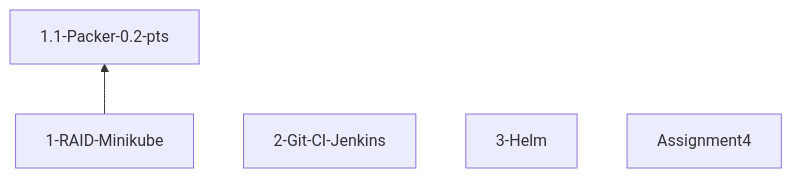
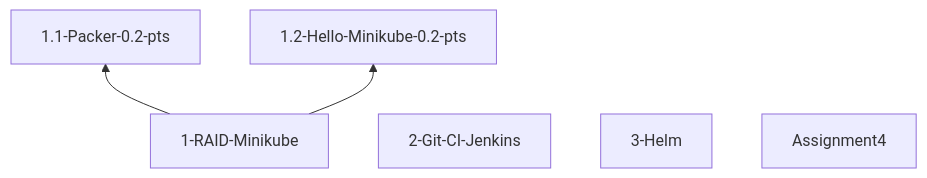
One commit to j-avdeev/DevOps changed the diagram in README.md. Above: the diagram before and after it, drawn with Mermaid.

Commit message:
Assignment1 hello-minikube moved to addition 2

````diff
--- a/README.md
+++ b/README.md
@@ -78,7 +78,8 @@
 ```mermaid
   graph BT;
       1-RAID-Minikube --> 1.1-Packer-0.2-pts;
+      1-RAID-Minikube --> 1.2-Hello-Minikube-0.2-pts;
       2-Git-CI-Jenkins;
       3-Helm;
       Assignment4;
 ```
````
